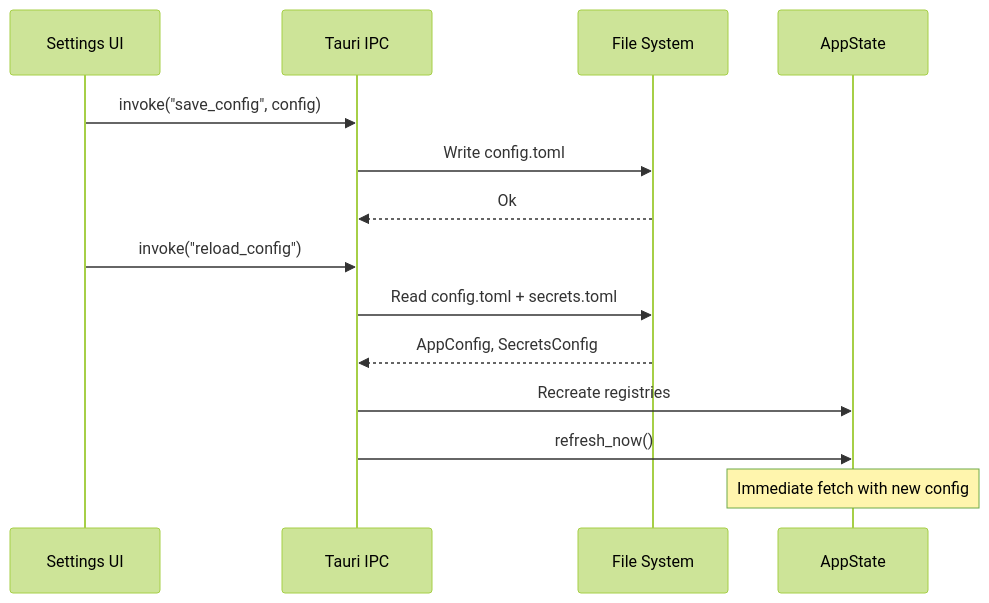
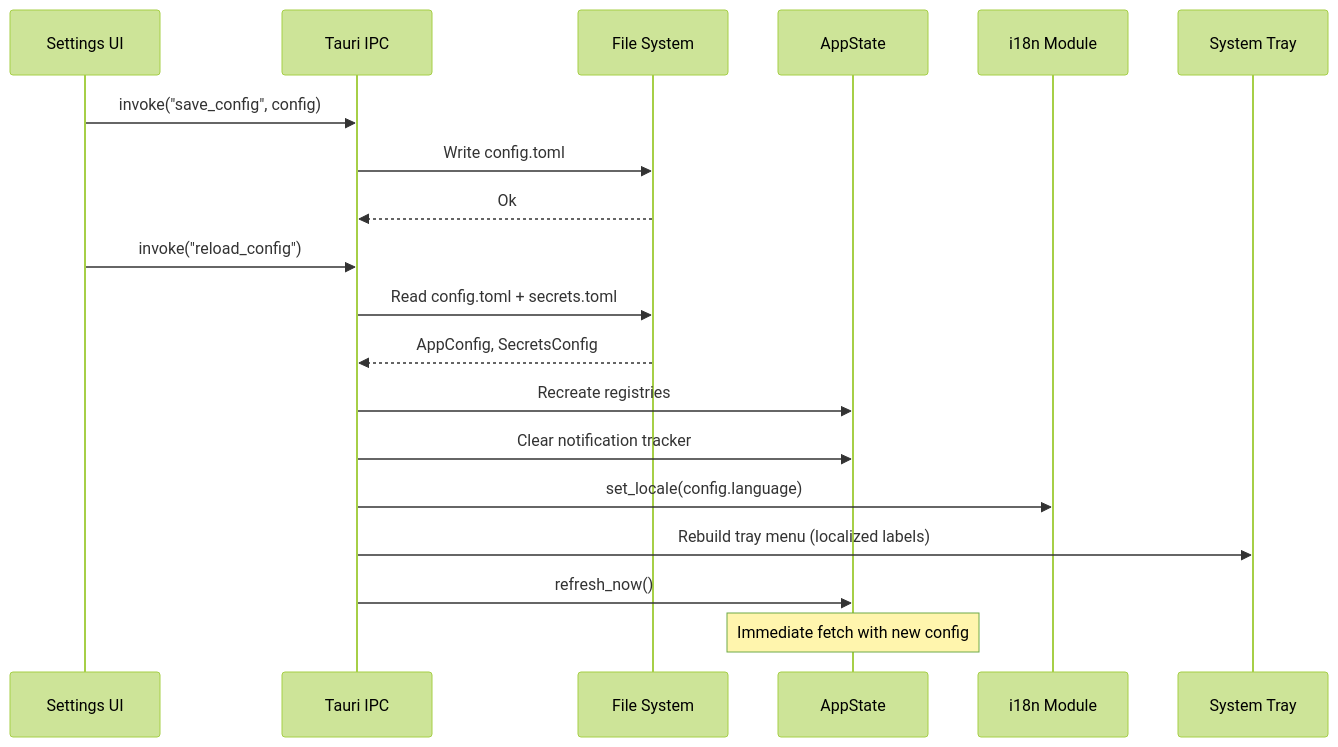
One commit to kvnxiao/storekeeper changed the fourth of 7 diagrams in docs/architecture/04-data-flow.md. Above: the diagram before and after it, drawn with Mermaid (forest theme). The commit also changed other lines of this file and 5 other files, not shown here.

````diff
--- a/docs/architecture/04-data-flow.md
+++ b/docs/architecture/04-data-flow.md
@@ -130,18 +137,23 @@
 ```mermaid
 sequenceDiagram
     participant UI as Settings UI
     participant IPC as Tauri IPC
     participant FS as File System
     participant ST as AppState
+    participant I18N as i18n Module
+    participant TRAY as System Tray
 
     UI->>IPC: invoke("save_config", config)
     IPC->>FS: Write config.toml
     FS-->>IPC: Ok
 
     UI->>IPC: invoke("reload_config")
     IPC->>FS: Read config.toml + secrets.toml
     FS-->>IPC: AppConfig, SecretsConfig
     IPC->>ST: Recreate registries
+    IPC->>ST: Clear notification tracker
+    IPC->>I18N: set_locale(config.language)
+    IPC->>TRAY: Rebuild tray menu (localized labels)
     IPC->>ST: refresh_now()
     Note over ST: Immediate fetch with new config
 ```
````
